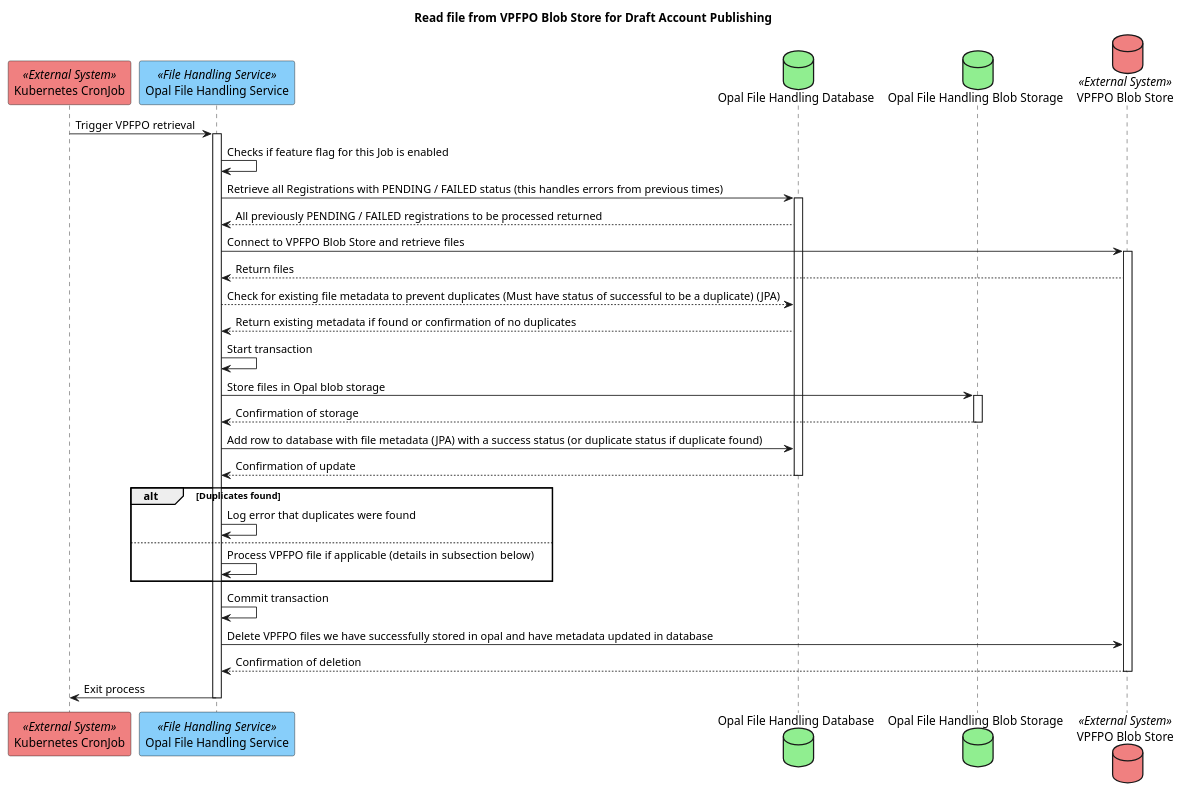
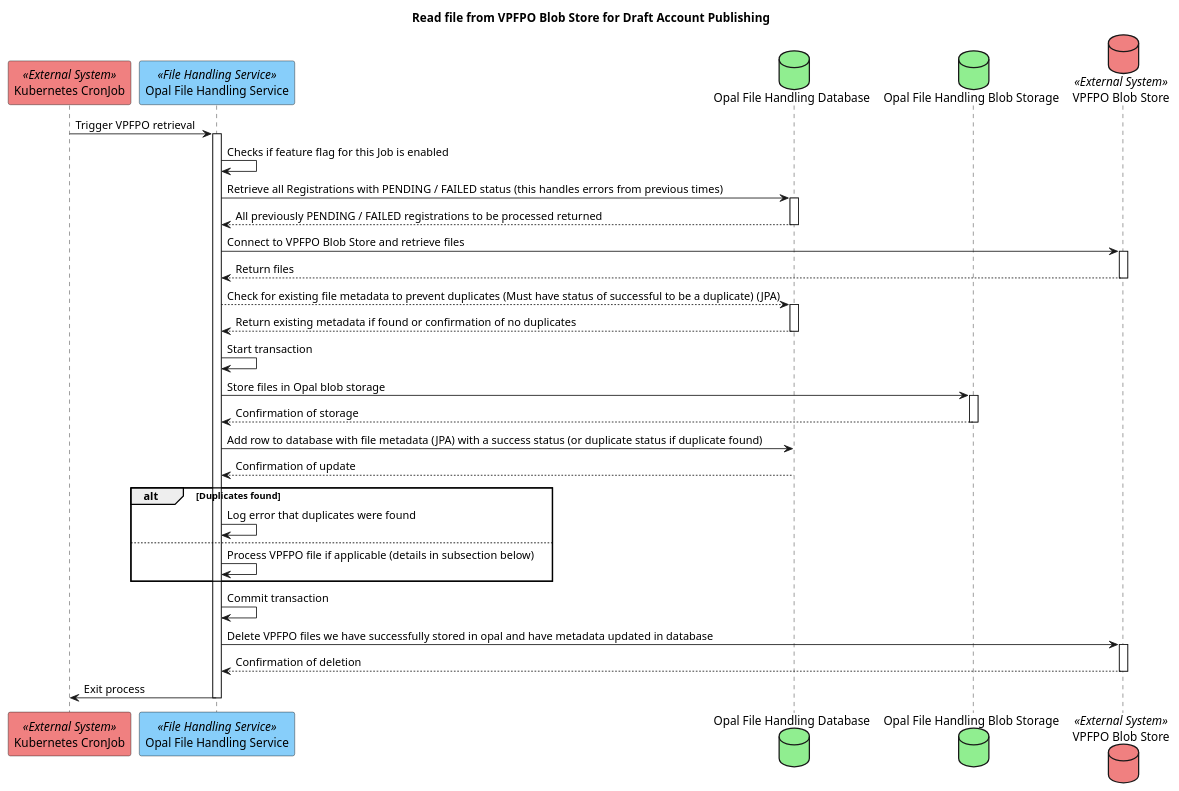
One commit to hmcts/opal-docs changed the diagram in plantUML/external-interfaces/file-handling-from-vpfpo.puml. Above: the diagram before and after it, drawn with PlantUML. The commit also changed 1 other file, not shown here.

Commit message:
Using the correct box structure in E2E diagrams. Should be one per interaction, not a bulky single box for all.

```diff
--- a/plantUML/external-interfaces/file-handling-from-vpfpo.puml
+++ b/plantUML/external-interfaces/file-handling-from-vpfpo.puml
@@ -1,32 +1,32 @@
 @startuml
 title Read file from VPFPO Blob Store for Draft Account Publishing
 participant "Kubernetes CronJob" as cronjob <<External System>> #LightCoral
 participant "Opal File Handling Service" as fileHandlingService <<File Handling Service>> #LightSkyBlue
 database "Opal File Handling Database" as fileHandlingDb #LightGreen
 database "Opal File Handling Blob Storage" as fileHandlingBlobStorage #LightGreen
 database "VPFPO Blob Store" as vpfpoBlobStore <<External System>> #LightCoral
 
 cronjob -> fileHandlingService ++ : Trigger VPFPO retrieval
 fileHandlingService -> fileHandlingService : Checks if feature flag for this Job is enabled
 fileHandlingService -> fileHandlingDb ++ : Retrieve all Registrations with PENDING / FAILED status (this handles errors from previous times)
-fileHandlingDb --> fileHandlingService : All previously PENDING / FAILED registrations to be processed returned
+fileHandlingDb --> fileHandlingService -- : All previously PENDING / FAILED registrations to be processed returned
 fileHandlingService -> vpfpoBlobStore ++ : Connect to VPFPO Blob Store and retrieve files
-vpfpoBlobStore --> fileHandlingService : Return files
-fileHandlingService --> fileHandlingDb : Check for existing file metadata to prevent duplicates (Must have status of successful to be a duplicate) (JPA)
-fileHandlingDb --> fileHandlingService : Return existing metadata if found or confirmation of no duplicates
+vpfpoBlobStore --> fileHandlingService -- : Return files
+fileHandlingService --> fileHandlingDb ++ : Check for existing file metadata to prevent duplicates (Must have status of successful to be a duplicate) (JPA)
+fileHandlingDb --> fileHandlingService -- : Return existing metadata if found or confirmation of no duplicates
 fileHandlingService -> fileHandlingService : Start transaction
 fileHandlingService -> fileHandlingBlobStorage ++ : Store files in Opal blob storage
 fileHandlingBlobStorage --> fileHandlingService -- : Confirmation of storage
 fileHandlingService -> fileHandlingDb  : Add row to database with file metadata (JPA) with a success status (or duplicate status if duplicate found)
 fileHandlingDb --> fileHandlingService -- : Confirmation of update
 alt Duplicates found
     fileHandlingService -> fileHandlingService : Log error that duplicates were found
 else
     fileHandlingService -> fileHandlingService: Process VPFPO file if applicable (details in subsection below)
 end
 
 fileHandlingService -> fileHandlingService : Commit transaction
-fileHandlingService -> vpfpoBlobStore : Delete VPFPO files we have successfully stored in opal and have metadata updated in database
+fileHandlingService -> vpfpoBlobStore ++ : Delete VPFPO files we have successfully stored in opal and have metadata updated in database
 vpfpoBlobStore --> fileHandlingService -- : Confirmation of deletion
 fileHandlingService -> cronjob -- : Exit process
 @enduml
```
